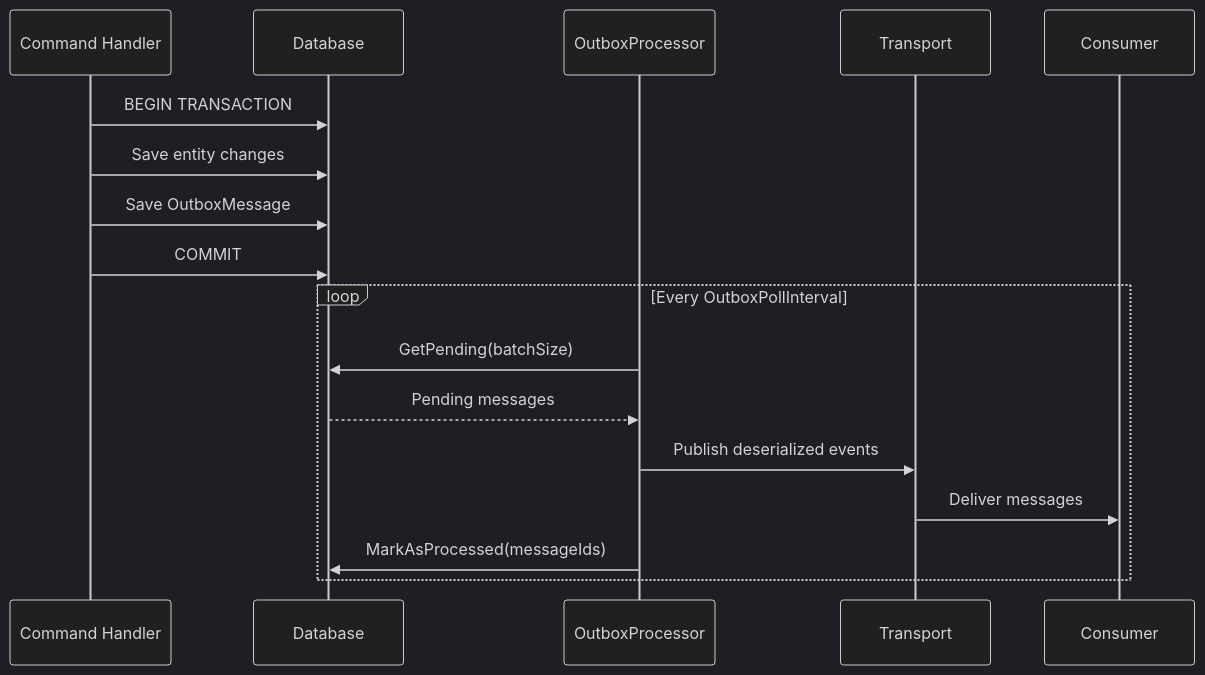
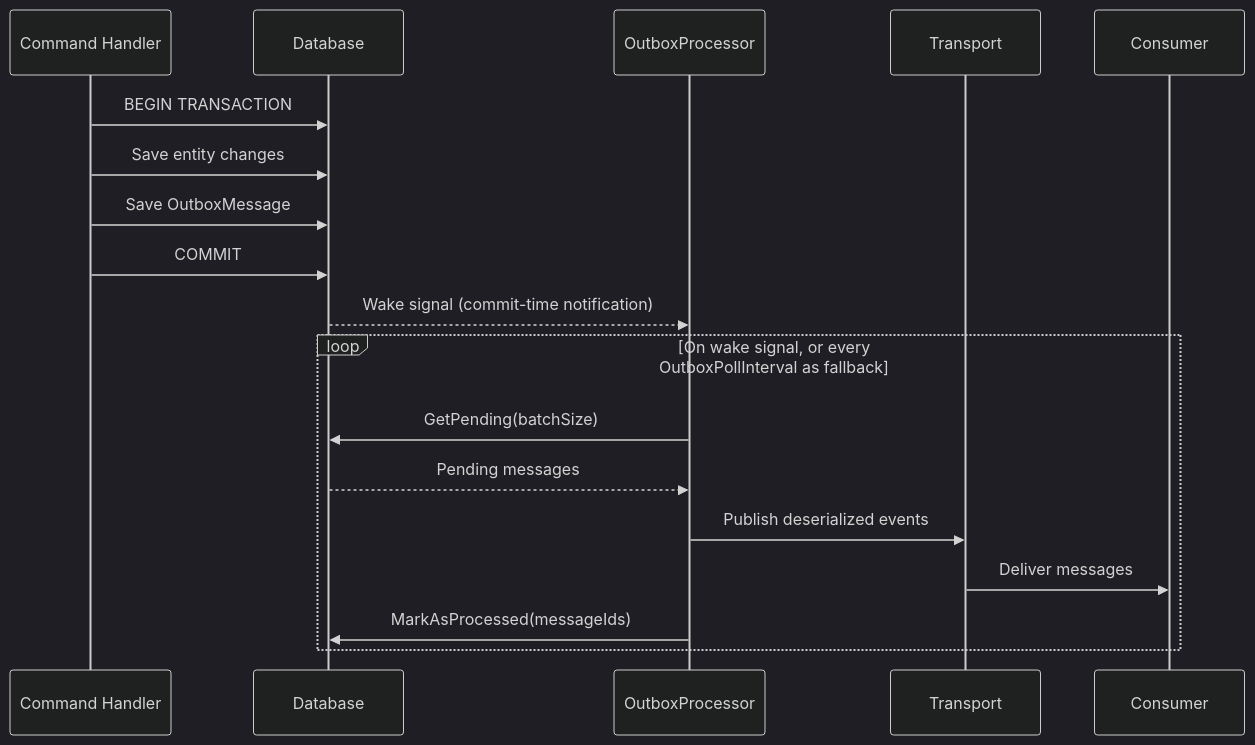
The first of 2 diagrams in docs/messaging/outbox-pattern.md (AdamWyatt34/Modulus), drawn with Mermaid (dark theme) before and after one commit. The commit also changed other lines of this file and 6 other files, not shown here.

Commit message:
docs(messaging): document immediate outbox dispatch via change notification

````diff
--- a/docs/messaging/outbox-pattern.md
+++ b/docs/messaging/outbox-pattern.md
@@ -25,21 +25,23 @@
 ```mermaid
 sequenceDiagram
     participant Handler as Command Handler
     participant DB as Database
     participant Outbox as OutboxProcessor
     participant Bus as Transport
     participant Consumer as Consumer
 
     Handler->>DB: BEGIN TRANSACTION
     Handler->>DB: Save entity changes
     Handler->>DB: Save OutboxMessage
     Handler->>DB: COMMIT
 
-    loop Every OutboxPollInterval
+    DB-->>Outbox: Wake signal (commit-time notification)
+
+    loop On wake signal, or every OutboxPollInterval as fallback
         Outbox->>DB: GetPending(batchSize)
         DB-->>Outbox: Pending messages
         Outbox->>Bus: Publish deserialized events
         Bus->>Consumer: Deliver messages
         Outbox->>DB: MarkAsProcessed(messageIds)
     end
 ```
````
